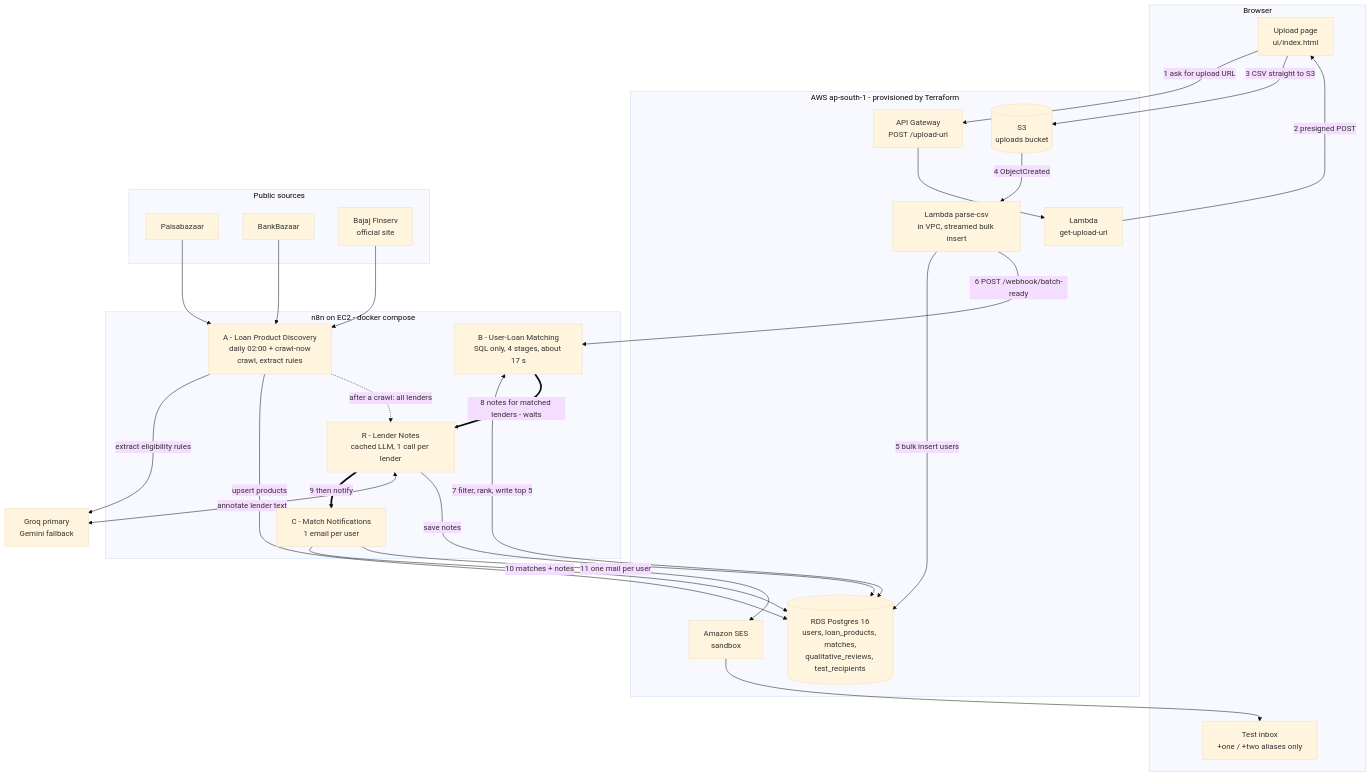
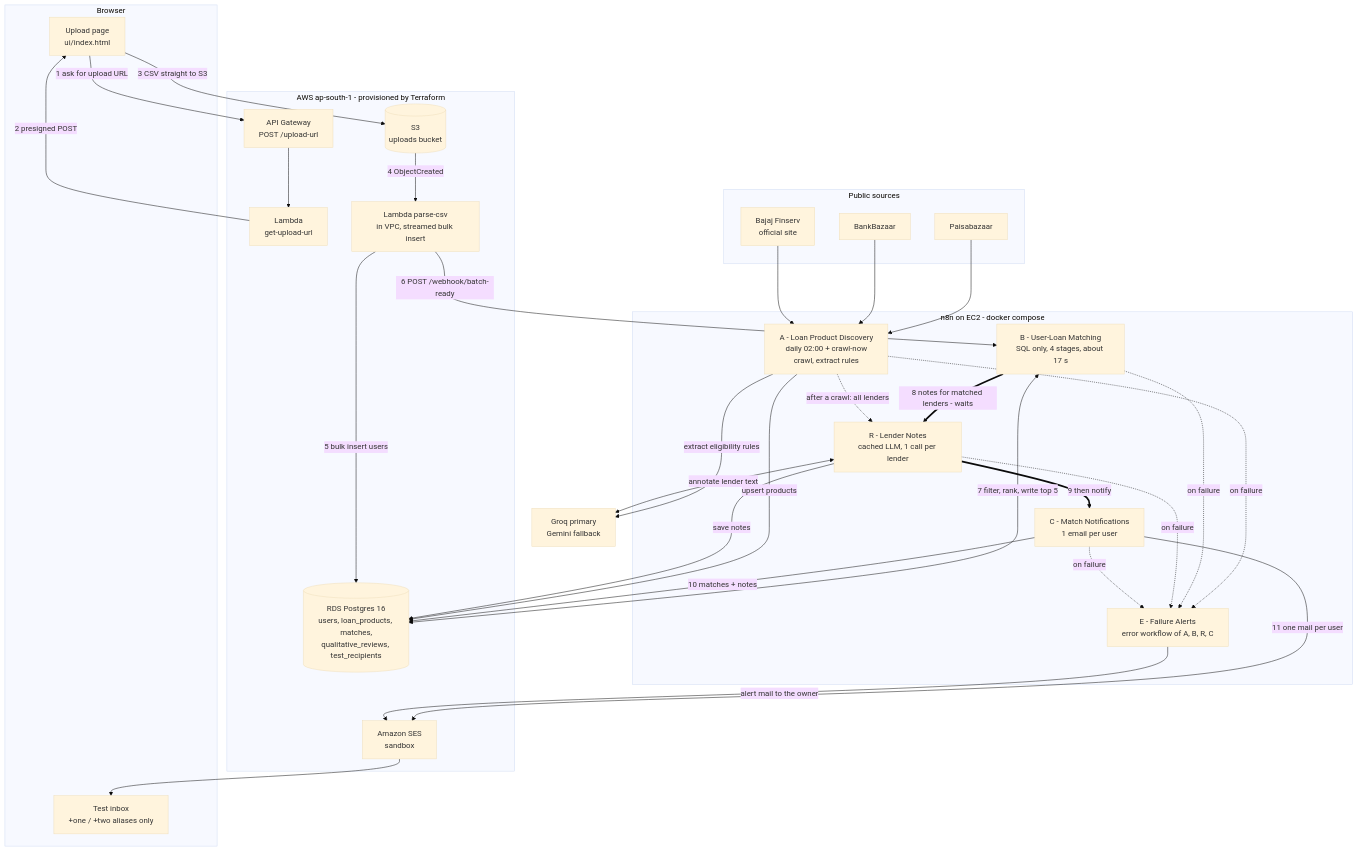
One commit to ashishnanda19/LoanMatch changed the diagram in docs/architecture.mmd. Above: the diagram before and after it, drawn with Mermaid (base theme). The commit also changed 22 other files, not shown here.

Commit message:
Crawler fix (single save/summary/hand-off, fast-fail Gemini fallback), failure-alert workflow E, webhook shared secret, CI, scaling notes

```diff
--- a/docs/architecture.mmd
+++ b/docs/architecture.mmd
@@ -1,49 +1,55 @@
 flowchart TB
     subgraph USER["Browser"]
         UI["Upload page<br/>ui/index.html"]
         INBOX["Test inbox<br/>+one / +two aliases only"]
     end
 
     subgraph AWS["AWS ap-south-1 - provisioned by Terraform"]
         APIGW["API Gateway<br/>POST /upload-url"]
         L1["Lambda<br/>get-upload-url"]
         S3[("S3<br/>uploads bucket")]
         L2["Lambda parse-csv<br/>in VPC, streamed bulk insert"]
         RDS[("RDS Postgres 16<br/>users, loan_products, matches,<br/>qualitative_reviews, test_recipients")]
         SES["Amazon SES<br/>sandbox"]
     end
 
     subgraph N8N["n8n on EC2 - docker compose"]
         A["A - Loan Product Discovery<br/>daily 02:00 + crawl-now<br/>crawl, extract rules"]
         B["B - User-Loan Matching<br/>SQL only, 4 stages, about 17 s"]
         R["R - Lender Notes<br/>cached LLM, 1 call per lender"]
         C["C - Match Notifications<br/>1 email per user"]
+        E["E - Failure Alerts<br/>error workflow of A, B, R, C"]
     end
 
     subgraph WEB["Public sources"]
         PB["Paisabazaar"]
         BB["BankBazaar"]
         BJ["Bajaj Finserv<br/>official site"]
     end
     LLM["Groq primary<br/>Gemini fallback"]
 
     UI -->|"1 ask for upload URL"| APIGW --> L1
     L1 -->|"2 presigned POST"| UI
     UI -->|"3 CSV straight to S3"| S3
     S3 -->|"4 ObjectCreated"| L2
     L2 -->|"5 bulk insert users"| RDS
     L2 -->|"6 POST /webhook/batch-ready"| B
     B <-->|"7 filter, rank, write top 5"| RDS
     B ==>|"8 notes for matched lenders - waits"| R
     R ==>|"9 then notify"| C
     C -->|"10 matches + notes"| RDS
     C -->|"11 one mail per user"| SES --> INBOX
 
     PB --> A
     BB --> A
     BJ --> A
     A -->|"extract eligibility rules"| LLM
     A -->|"upsert products"| RDS
     A -.->|"after a crawl: all lenders"| R
     R <-->|"annotate lender text"| LLM
     R -->|"save notes"| RDS
+    A -.->|"on failure"| E
+    B -.->|"on failure"| E
+    R -.->|"on failure"| E
+    C -.->|"on failure"| E
+    E -->|"alert mail to the owner"| SES
```
